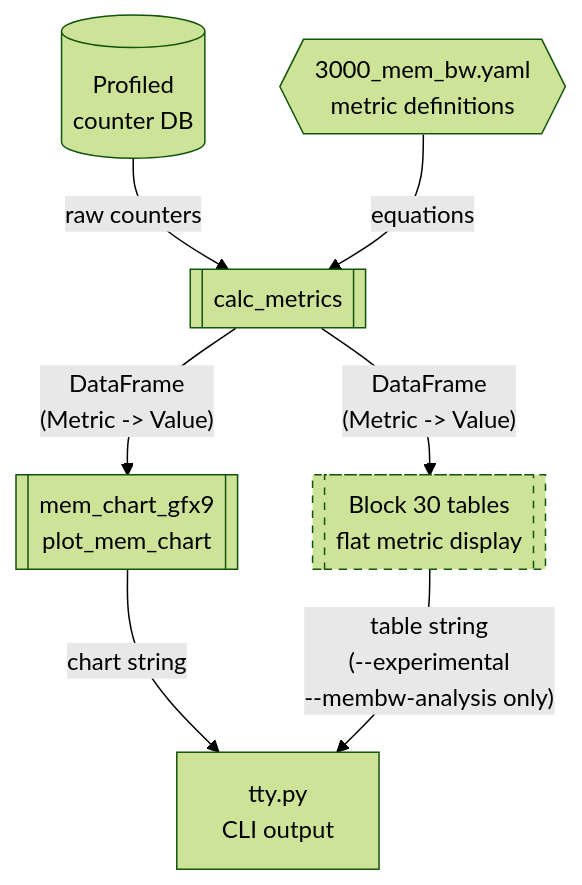
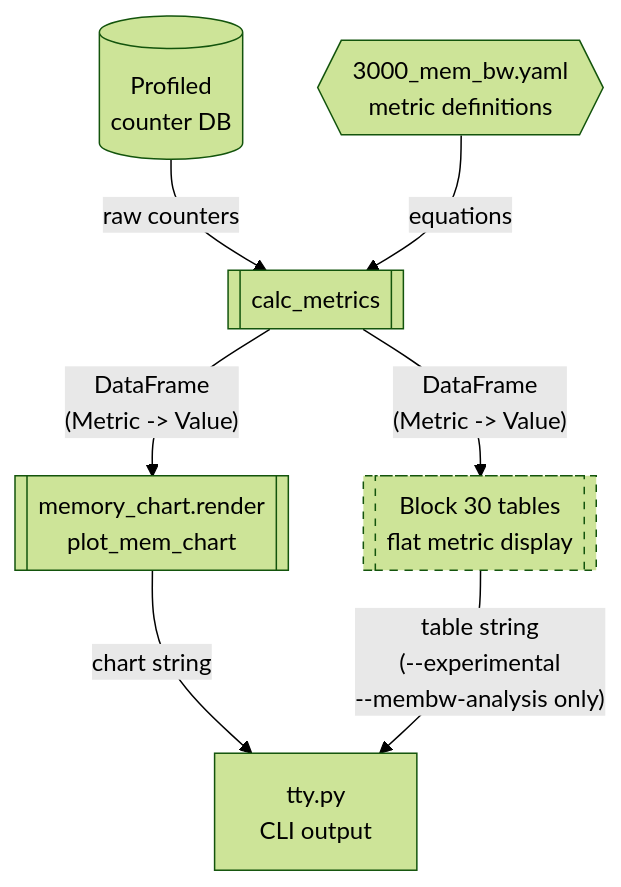
One commit to ROCm/rocm-systems changed the first of 3 diagrams in projects/rocprofiler-compute/docs/design/hld-membw-guided-analysis-in-memchart.md. Above: the diagram before and after it, drawn with Mermaid (forest theme). The commit also changed other lines of this file and 45 other files, not shown here.

First line of the commit message:
feat(rocprofiler-compute): memory chart using json layouts (#12548)

````diff
--- a/projects/rocprofiler-compute/docs/design/hld-membw-guided-analysis-in-memchart.md
+++ b/projects/rocprofiler-compute/docs/design/hld-membw-guided-analysis-in-memchart.md
@@ -204,16 +204,16 @@
 ```mermaid
 flowchart TD
     DB[(Profiled<br/>counter DB)]
     B30{{3000_mem_bw.yaml<br/>metric definitions}}
 
     DB -- raw counters --> CALC[[calc_metrics]]
     B30 -- equations --> CALC
 
-    CALC -- "DataFrame<br/>(Metric -> Value)" --> MC[[mem_chart_gfx9<br/>plot_mem_chart]]
+    CALC -- "DataFrame<br/>(Metric -> Value)" --> MC[[memory_chart.render<br/>plot_mem_chart]]
     CALC -- "DataFrame<br/>(Metric -> Value)" --> B30T[[Block 30 tables<br/>flat metric display]]
 
     MC -- chart string --> TTY[tty.py<br/>CLI output]
     B30T -- "table string<br/>(--experimental<br/>--membw-analysis only)" --> TTY
 
     style B30T stroke-dasharray: 5 5
 ```
````
